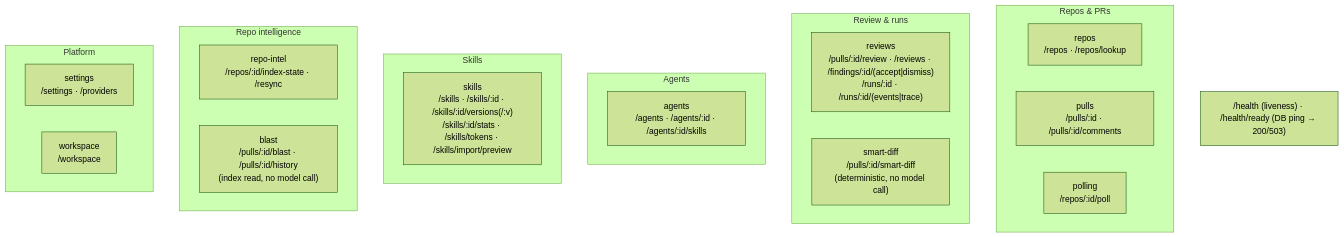
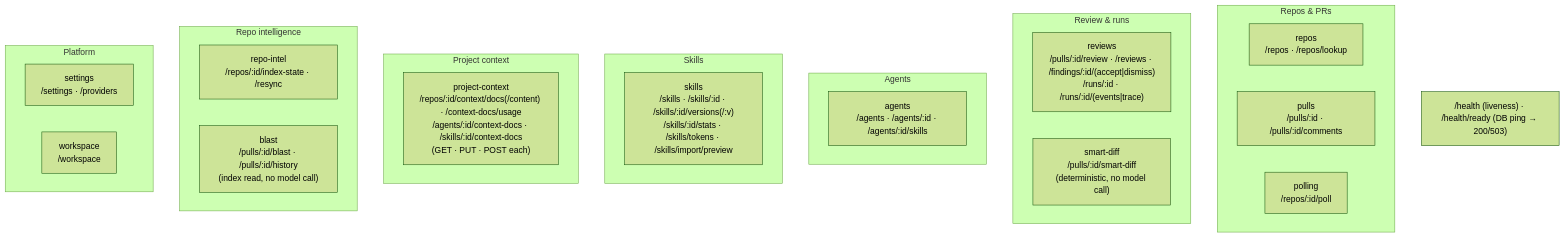
Before and after one commit to Svyat90/dev-digest: the second of 2 diagrams in server/README.md, drawn with Mermaid (forest theme). The commit also changed other lines of this file and 3 other files, not shown here.

Commit message:
docs: project-context API map, environment, route map and prompt section (T016)

````diff
--- a/server/README.md
+++ b/server/README.md
@@ -64,27 +64,30 @@
 ```mermaid
 flowchart TB
   subgraph Repos_PRs["Repos & PRs"]
     repos["repos<br/>/repos · /repos/lookup"]
     pulls["pulls<br/>/pulls/:id · /pulls/:id/comments"]
     polling["polling<br/>/repos/:id/poll"]
   end
   subgraph Review["Review & runs"]
     reviews["reviews<br/>/pulls/:id/review · /reviews · /findings/:id/(accept|dismiss)<br/>/runs/:id · /runs/:id/(events|trace)"]
     smartDiff["smart-diff<br/>/pulls/:id/smart-diff<br/>(deterministic, no model call)"]
   end
   subgraph Agents["Agents"]
     agents["agents<br/>/agents · /agents/:id · /agents/:id/skills"]
   end
   subgraph Skills["Skills"]
     skills["skills<br/>/skills · /skills/:id · /skills/:id/versions(/:v)<br/>/skills/:id/stats · /skills/tokens · /skills/import/preview"]
   end
+  subgraph Context["Project context"]
+    projectContext["project-context<br/>/repos/:id/context/docs(/content) · /context-docs/usage<br/>/agents/:id/context-docs · /skills/:id/context-docs<br/>(GET · PUT · POST each)"]
+  end
   subgraph Intel["Repo intelligence"]
     repoIntel["repo-intel<br/>/repos/:id/index-state · /resync"]
     blast["blast<br/>/pulls/:id/blast · /pulls/:id/history<br/>(index read, no model call)"]
   end
   subgraph Platform["Platform"]
     settings["settings<br/>/settings · /providers"]
     workspace["workspace<br/>/workspace"]
   end
   HEALTH["/health (liveness) · /health/ready (DB ping → 200/503)"]
 ```
````
